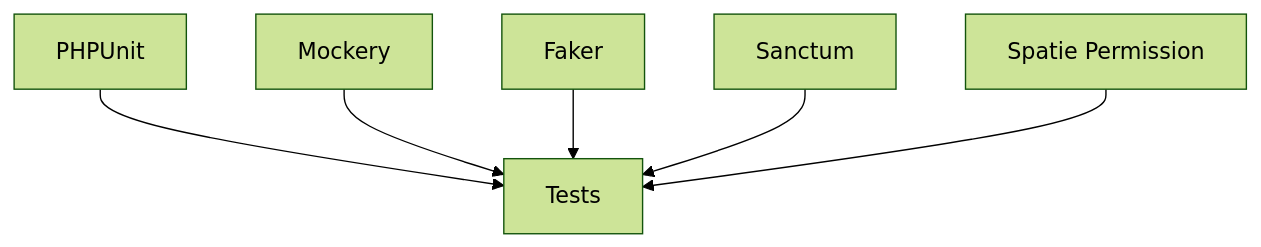
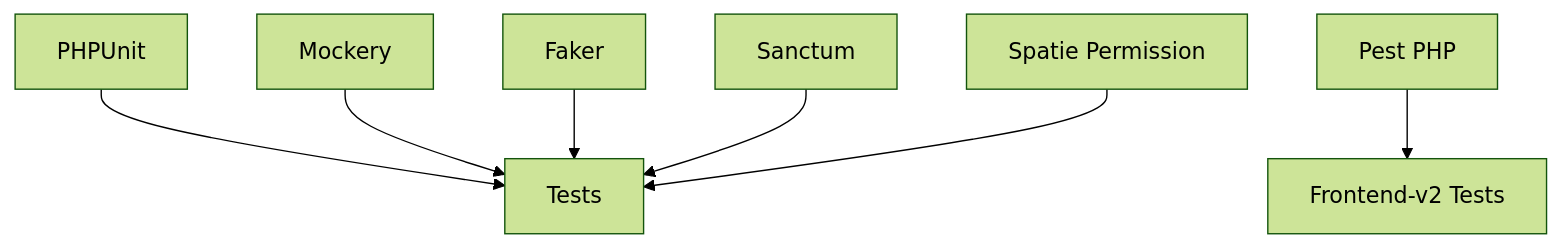
The sixth of 6 diagrams in .qoder/repowiki/en/content/Testing Strategy.md (Fathurrahman-R/Manajemen-Keuangan-dan-SPP-Handayani), drawn with Mermaid (forest theme) before and after one commit. The commit also changed other lines of this file and 77 other files, not shown here.

````diff
--- a/.qoder/repowiki/en/content/Testing Strategy.md
+++ b/.qoder/repowiki/en/content/Testing Strategy.md
@@ -289,8 +389,9 @@
 ```mermaid
 graph TB
 P["PHPUnit"] --> T["Tests"]
 M["Mockery"] --> T
 F["Faker"] --> T
 S["Sanctum"] --> T
 R["Spatie Permission"] --> T
+PE["Pest PHP"] --> TF["Frontend-v2 Tests"]
 ```
````
